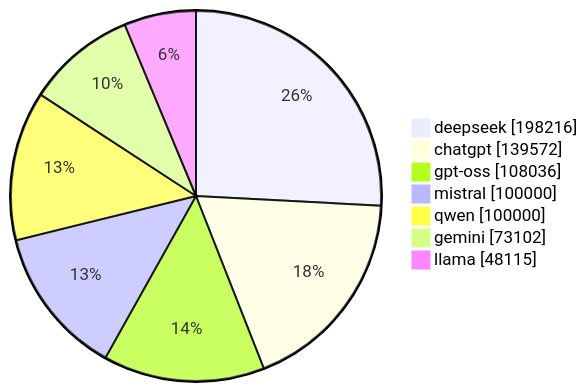
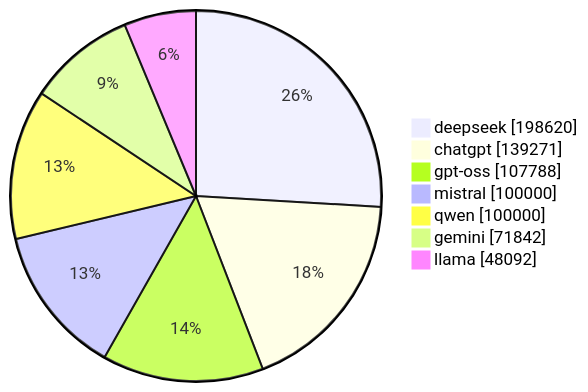
One commit to gqgs/llm100kbench changed the diagram in README.md. Above: the diagram before and after it, drawn with Mermaid. The commit also changed other lines of this file and 17 other files, not shown here.

````diff
--- a/README.md
+++ b/README.md
@@ -50,10 +50,10 @@
 ```mermaid
 pie showData
-    "deepseek" : 198216
-    "chatgpt" : 139572
-    "gpt-oss" : 108036
+    "deepseek" : 198620
+    "chatgpt" : 139271
+    "gpt-oss" : 107788
     "mistral" : 100000
     "qwen" : 100000
-    "gemini" : 73102
-    "llama" : 48115
+    "gemini" : 71842
+    "llama" : 48092
 ```
````
